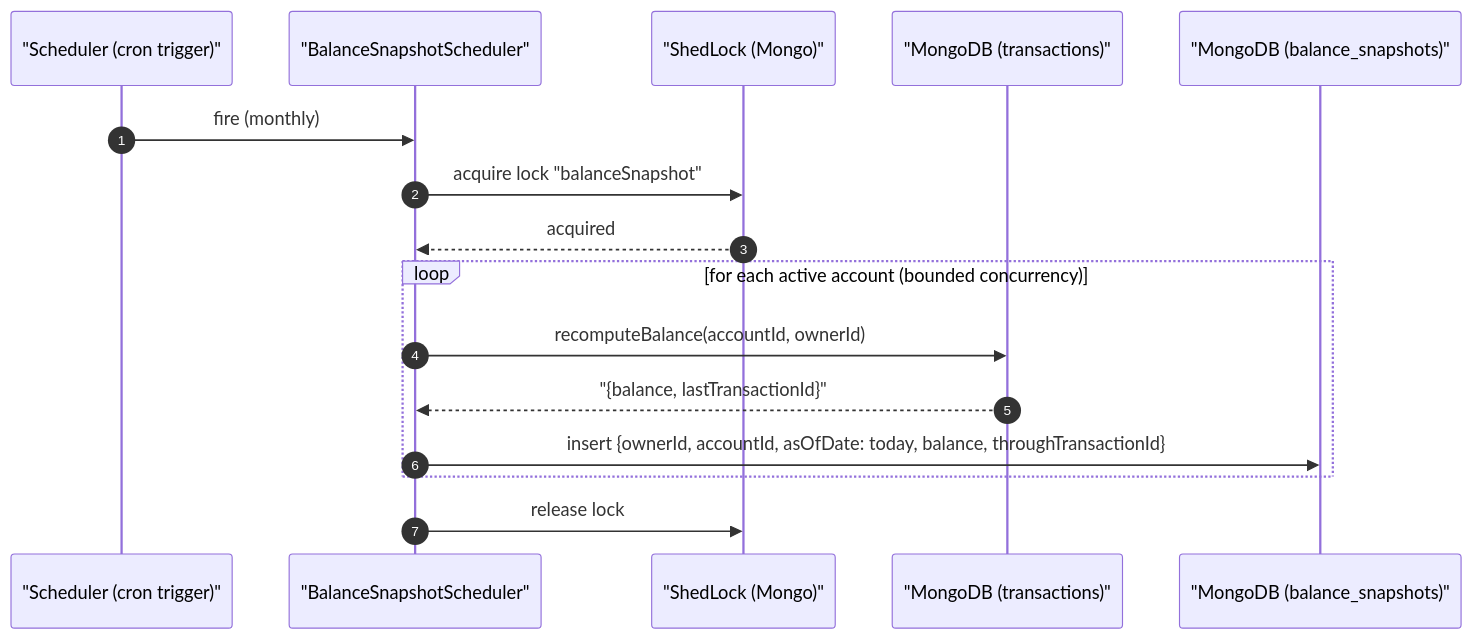
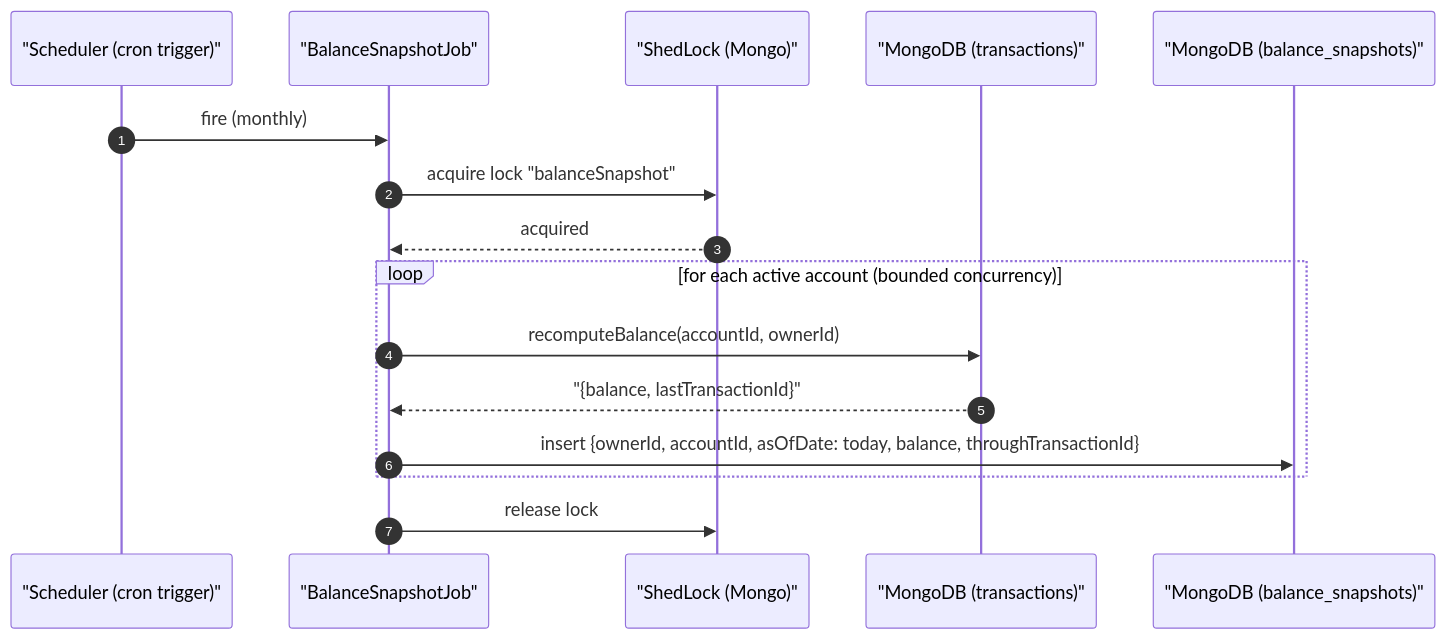
One commit to Lucas-CSilva/mithril-vault changed the second of 3 diagrams in specs/003-accounts/balance-reconciliation-technical-solution.md. Above: the diagram before and after it, drawn with Mermaid. The commit also changed other lines of this file and 3 other files, not shown here.

First line of the commit message:
docs(accounts): rename BalanceSnapshotScheduler to BalanceSnapshotJob

````diff
--- a/specs/003-accounts/balance-reconciliation-technical-solution.md
+++ b/specs/003-accounts/balance-reconciliation-technical-solution.md
@@ -159,18 +159,18 @@
 ```mermaid
 sequenceDiagram
   autonumber
   participant Cron as "Scheduler (cron trigger)"
-  participant Snap as "BalanceSnapshotScheduler"
+  participant Snap as "BalanceSnapshotJob"
   participant Lock as "ShedLock (Mongo)"
   participant Txns as "MongoDB (transactions)"
   participant SnapCol as "MongoDB (balance_snapshots)"
   Cron->>Snap: fire (monthly)
   Snap->>Lock: acquire lock "balanceSnapshot"
   Lock-->>Snap: acquired
   loop for each active account (bounded concurrency)
     Snap->>Txns: recomputeBalance(accountId, ownerId)
     Txns-->>Snap: "{balance, lastTransactionId}"
     Snap->>SnapCol: insert {ownerId, accountId, asOfDate: today, balance, throughTransactionId}
   end
   Snap->>Lock: release lock
 ```
````
